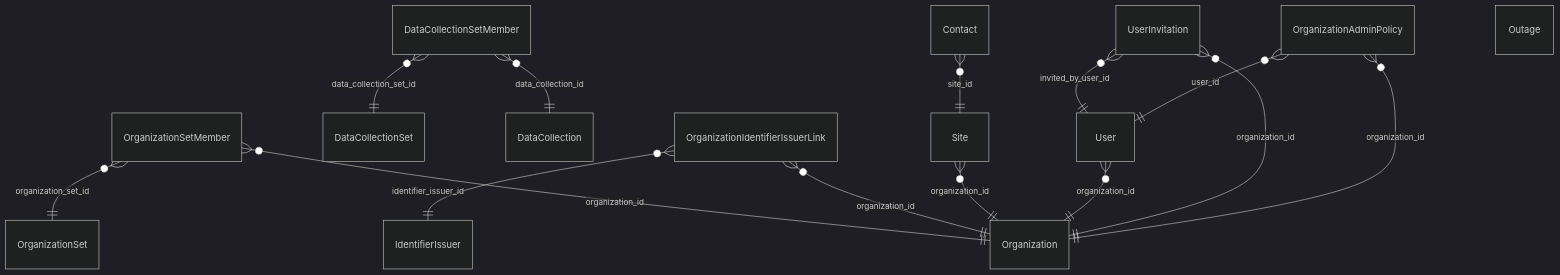
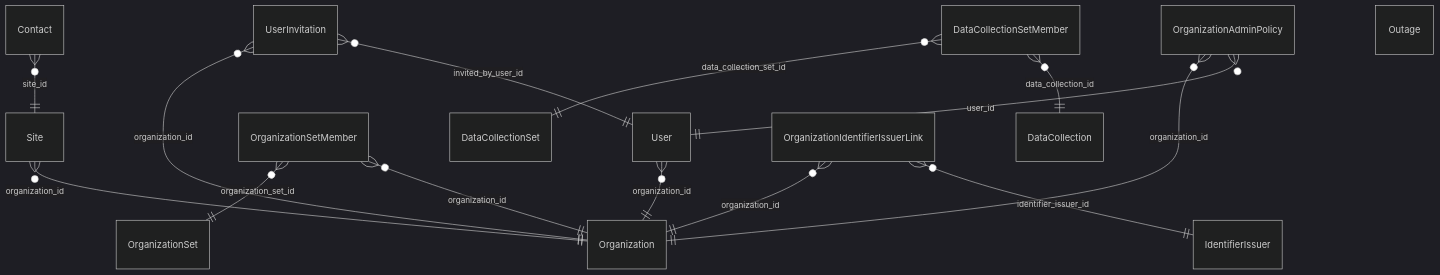
The diagram in docs/erm/commondb.md (RIVM-bioinformatics/gen-epix-api), drawn with Mermaid (dark theme) before and after one commit. The commit also changed other lines of this file and 53 other files, not shown here.

Commit message:
feat: fastapp Domain.get_dag_sorted_services and Entity.topological_sort added fix: fastapp Domain.get_dag_sorted_entities/models fixed refactor: generation of mermaid ERM diagrams done in reproducible DAG order rather than random order

````diff
--- a/docs/erm/commondb.md
+++ b/docs/erm/commondb.md
@@ -5,23 +5,23 @@
 ```mermaid
 erDiagram
     %% commondb — all persistable entities (simplified)
 
     %% Relationships
+    Site }o--|| Organization : "organization_id"
+    User }o--|| Organization : "organization_id"
     OrganizationSetMember }o--|| OrganizationSet : "organization_set_id"
     OrganizationSetMember }o--|| Organization : "organization_id"
     DataCollectionSetMember }o--|| DataCollectionSet : "data_collection_set_id"
     DataCollectionSetMember }o--|| DataCollection : "data_collection_id"
     OrganizationIdentifierIssuerLink }o--|| Organization : "organization_id"
     OrganizationIdentifierIssuerLink }o--|| IdentifierIssuer : "identifier_issuer_id"
-    Site }o--|| Organization : "organization_id"
     Contact }o--|| Site : "site_id"
-    User }o--|| Organization : "organization_id"
     UserInvitation }o--|| Organization : "organization_id"
     UserInvitation }o--|| User : "invited_by_user_id"
     OrganizationAdminPolicy }o--|| Organization : "organization_id"
     OrganizationAdminPolicy }o--|| User : "user_id"
 
     Outage {
     }
 
 ```
````
